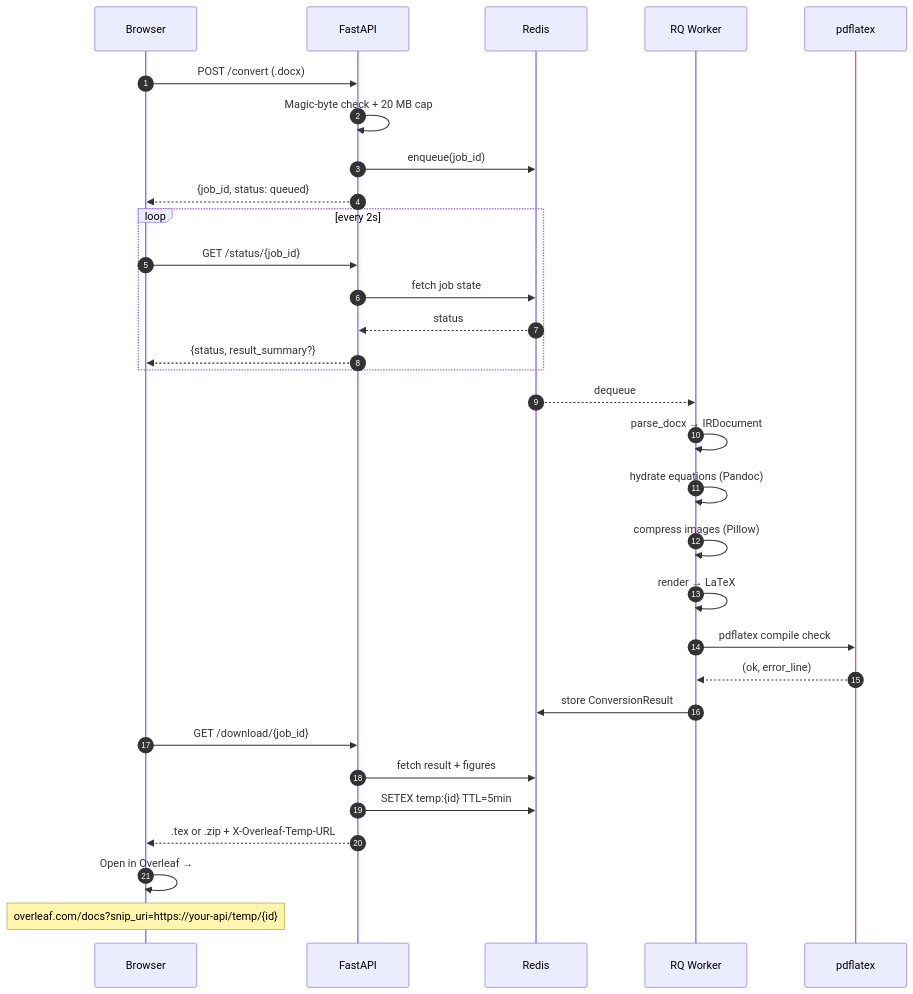
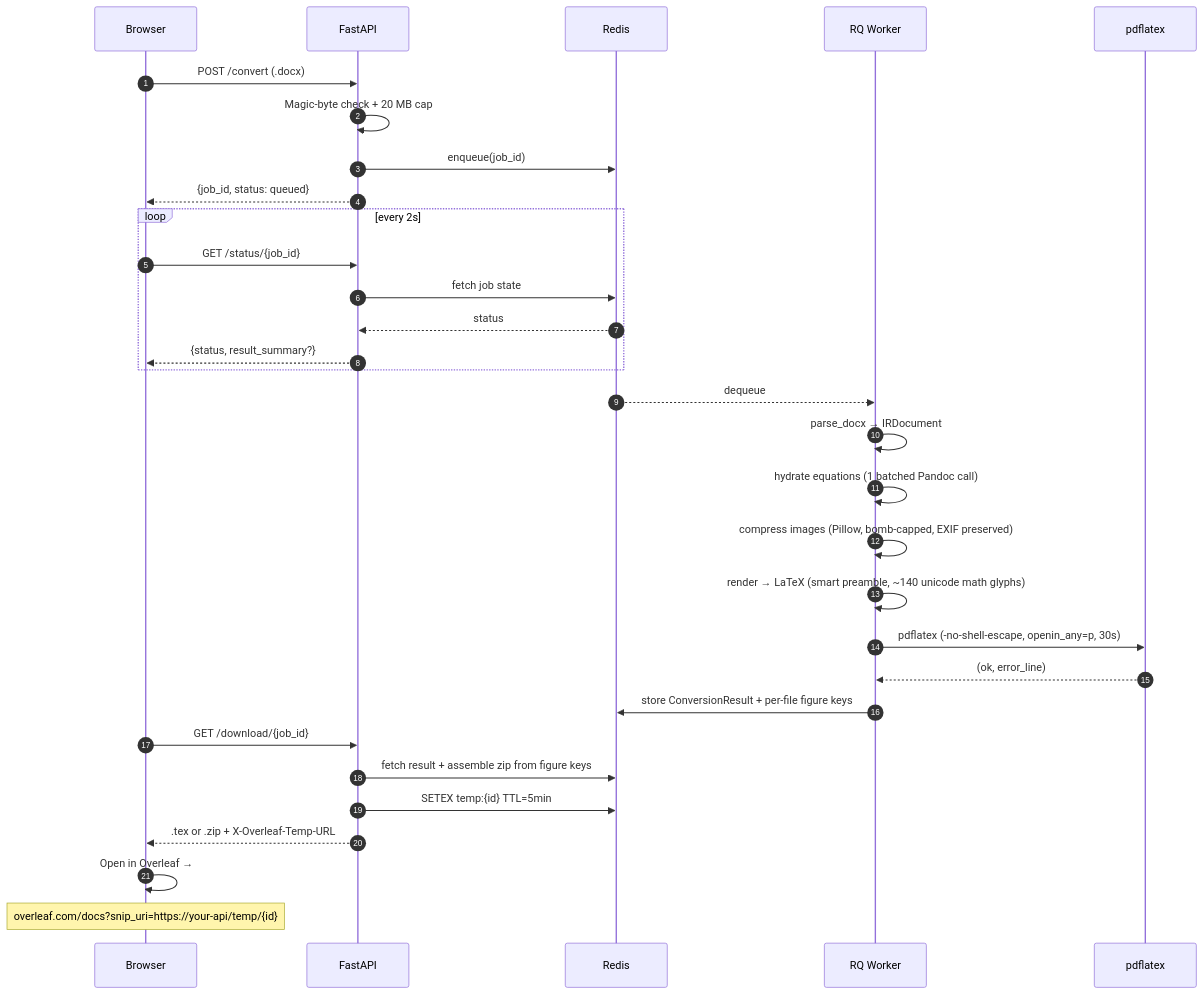
Before and after one commit to TheClazer/CoreTex: the second of 3 diagrams in README.md, drawn with Mermaid. The commit also changed other lines of this file, not shown here.

First line of the commit message:
docs(readme): reflect v1.1 hardening — math glyphs, batched Pandoc, security

````diff
--- a/README.md
+++ b/README.md
@@ -122,38 +125,38 @@
 ```mermaid
 sequenceDiagram
     autonumber
     participant U as Browser
     participant A as FastAPI
     participant R as Redis
     participant W as RQ Worker
     participant P as pdflatex
 
     U->>A: POST /convert (.docx)
     A->>A: Magic-byte check + 20 MB cap
     A->>R: enqueue(job_id)
     A-->>U: {job_id, status: queued}
 
     loop every 2s
         U->>A: GET /status/{job_id}
         A->>R: fetch job state
         R-->>A: status
         A-->>U: {status, result_summary?}
     end
 
     R-->>W: dequeue
     W->>W: parse_docx → IRDocument
-    W->>W: hydrate equations (Pandoc)
-    W->>W: compress images (Pillow)
-    W->>W: render → LaTeX
-    W->>P: pdflatex compile check
+    W->>W: hydrate equations (1 batched Pandoc call)
+    W->>W: compress images (Pillow, bomb-capped, EXIF preserved)
+    W->>W: render → LaTeX (smart preamble, ~140 unicode math glyphs)
+    W->>P: pdflatex (-no-shell-escape, openin_any=p, 30s)
     P-->>W: (ok, error_line)
-    W->>R: store ConversionResult
+    W->>R: store ConversionResult + per-file figure keys
 
     U->>A: GET /download/{job_id}
-    A->>R: fetch result + figures
+    A->>R: fetch result + assemble zip from figure keys
     A->>R: SETEX temp:{id} TTL=5min
     A-->>U: .tex or .zip + X-Overleaf-Temp-URL
 
     U->>U: Open in Overleaf →
     Note over U: overleaf.com/docs?snip_uri=https://your-api/temp/{id}
 ```
````
